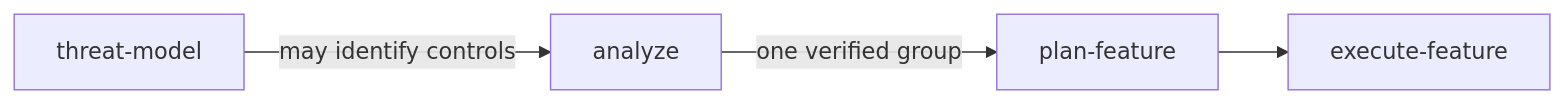
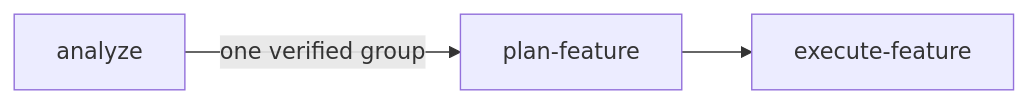
Before and after one commit to pnewsam/skills: the fourth of 5 diagrams in README.md, drawn with Mermaid. The commit also changed other lines of this file and 16 other files, not shown here.

````diff
--- a/README.md
+++ b/README.md
@@ -206,6 +187,5 @@
 ```mermaid
 flowchart LR
-    TM[threat-model] -->|may identify controls| AS[analyze]
-    AS -->|one verified group| PF1[plan-feature]
+    AS[analyze] -->|one verified group| PF1[plan-feature]
     PF1 --> EF1[execute-feature]
 ```
````
